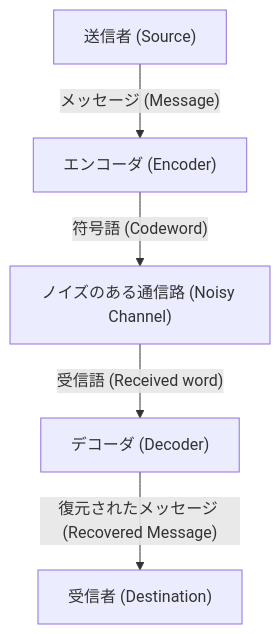
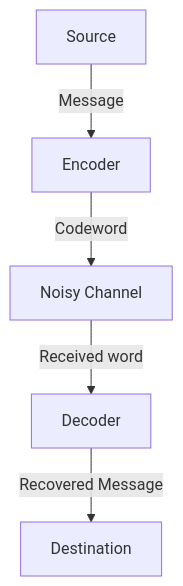
One commit to kenjinote/blog changed the diagram in content/post/error-correcting-codes-explained/index.en.md. Above: the diagram before and after it, drawn with Mermaid. The commit also changed other lines of this file and 14 other files, not shown here.

````diff
--- a/content/post/error-correcting-codes-explained/index.en.md
+++ b/content/post/error-correcting-codes-explained/index.en.md
@@ -23,7 +23,7 @@
 ```mermaid
 graph TD
-    A["送信者 (Source)"] -- "メッセージ (Message)" --> B["エンコーダ (Encoder)"]
-    B -- "符号語 (Codeword)" --> C["ノイズのある通信路 (Noisy Channel)"]
-    C -- "受信語 (Received word)" --> D["デコーダ (Decoder)"]
-    D -- "復元されたメッセージ (Recovered Message)" --> E["受信者 (Destination)"]
+    A["Source"] -- "Message" --> B["Encoder"]
+    B -- "Codeword" --> C["Noisy Channel"]
+    C -- "Received word" --> D["Decoder"]
+    D -- "Recovered Message" --> E["Destination"]
 ```
````
